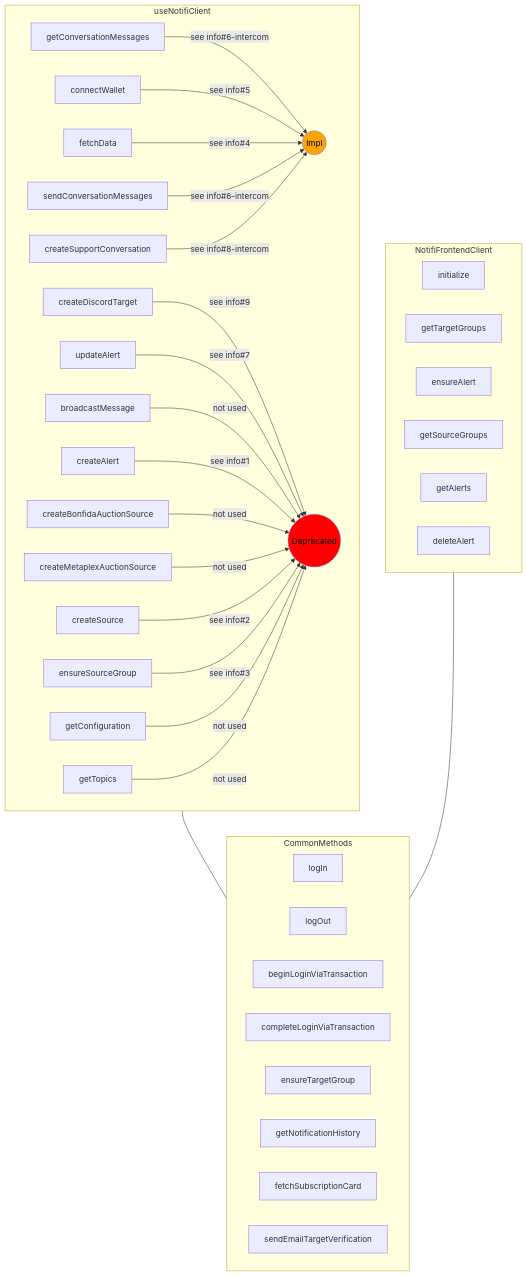
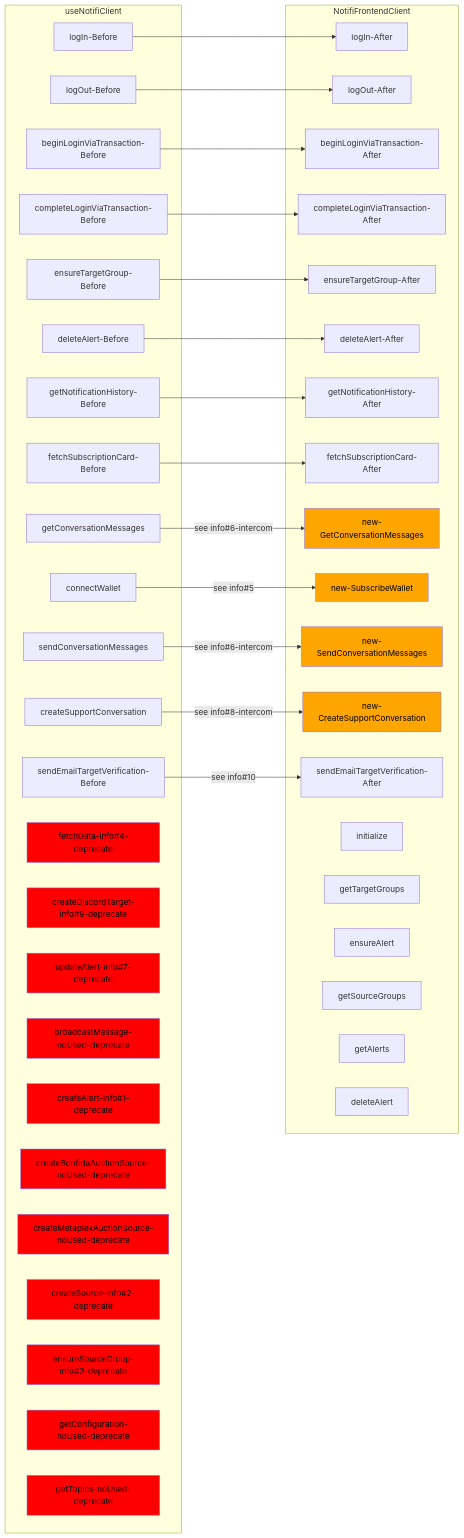
The third of 5 diagrams in docs/4.notifi/sdk-consolidate.md (happyeric77/colorfullife-docs), drawn with Mermaid before and after one commit. The commit also changed other lines of this file and 1 other file, not shown here.

````diff
--- a/docs/4.notifi/sdk-consolidate.md
+++ b/docs/4.notifi/sdk-consolidate.md
@@ -74,76 +79,79 @@
 ```mermaid
-flowchart TB
-  useNotifiClient --- CommonMethods
-  NotifiFrontendClient --- CommonMethods
-  getConversationMessages --see info#6-intercom --> impl
-  connectWallet --see info#5--> impl
-  fetchData --see info#4 --> impl
-
-  sendConversationMessages --see info#6-intercom --> impl
-
-  createSupportConversation --see info#8-intercom --> impl
-
-  createDiscordTarget --see info#9 --> rm
-  updateAlert --see info#7 --> rm
-  broadcastMessage --not used--> rm
-  createAlert --see info#1 -->rm
-  createBonfidaAuctionSource --not used--> rm
-  createMetaplexAuctionSource --not used--> rm
-  createSource --see info#2 --> rm
-  ensureSourceGroup --see info#3 --> rm
-  getConfiguration --not used--> rm
-  getTopics --not used--> rm
+flowchart LR
+  logIn-Before --> logIn-After
+  logOut-Before --> logOut-After
+  beginLoginViaTransaction-Before --> beginLoginViaTransaction-After
+  completeLoginViaTransaction-Before --> completeLoginViaTransaction-After
+  ensureTargetGroup-Before --> ensureTargetGroup-After
+  deleteAlert-Before --> deleteAlert-After
+  getNotificationHistory-Before  --> getNotificationHistory-After
+  fetchSubscriptionCard-Before --> fetchSubscriptionCard-After
+  getConversationMessages -- see info#6-intercom --> new-GetConversationMessages
+  connectWallet -- see info#5 --> new-SubscribeWallet
+  sendConversationMessages -- see info#6-intercom --> new-SendConversationMessages
+  createSupportConversation -- see info#8-intercom --> new-CreateSupportConversation
+  sendEmailTargetVerification-Before -- see info#10 --> sendEmailTargetVerification-After
 
   subgraph useNotifiClient
-
-    broadcastMessage
-    createAlert
-    createBonfidaAuctionSource
-    createMetaplexAuctionSource
-    createSource
-    ensureSourceGroup
-    getConfiguration
-    getTopics
-
+    logIn-Before
+    logOut-Before
+    beginLoginViaTransaction-Before
+    completeLoginViaTransaction-Before
+    ensureTargetGroup-Before
+    deleteAlert-Before
+    getNotificationHistory-Before
+    fetchSubscriptionCard-Before
+    sendEmailTargetVerification-Before
     getConversationMessages
     connectWallet
-    fetchData
-    updateAlert
     sendConversationMessages
     createSupportConversation
-    createDiscordTarget
 
-    rm((Deprecated)):::removeColor
-    impl((Impl)):::implColor
 
-    classDef tbdColor fill:yellow,color:black;
-    classDef removeColor fill:red,color:black;
-    classDef implColor fill:orange,color:black;
+    fetchData-info#4-deprecate:::removeColor
+    createDiscordTarget-info#9-deprecate:::removeColor
+    updateAlert-info#7-deprecate:::removeColor
+    broadcastMessage-noUsed-deprecate:::removeColor
+    createAlert-info#1-deprecate:::removeColor
+    createBonfidaAuctionSource-noUsed-deprecate:::removeColor
+    createMetaplexAuctionSource-noUsed-deprecate:::removeColor
+    createSource-info#2-deprecate:::removeColor
+    ensureSourceGroup-info#3-deprecate:::removeColor
+    getConfiguration-noUsed-deprecate:::removeColor
+    getTopics-noUsed-deprecate:::removeColor
+
   end
 
   subgraph NotifiFrontendClient
+    logIn-After
+    logOut-After
+    beginLoginViaTransaction-After
+    completeLoginViaTransaction-After
+    ensureTargetGroup-After
+    deleteAlert-After
+    getNotificationHistory-After
+    fetchSubscriptionCard-After
+    sendEmailTargetVerification-After
+    new-GetConversationMessages:::implColor
+    new-SubscribeWallet:::implColor
+    new-SendConversationMessages:::implColor
+    new-CreateSupportConversation:::implColor
+
+
     initialize
     getTargetGroups
     ensureAlert
     getSourceGroups
     getAlerts
     ensureAlert
     deleteAlert
 
-  end
 
-  subgraph CommonMethods
-    logIn
-    logOut
-    beginLoginViaTransaction
-    completeLoginViaTransaction
-    ensureTargetGroup
-    deleteAlert
-    getNotificationHistory
-    fetchSubscriptionCard
-    sendEmailTargetVerification
   end
 
 
+classDef tbdColor fill:yellow,color:black;
+classDef removeColor fill:red,color:black;
+classDef implColor fill:orange,color:black;
 
 ```
````
